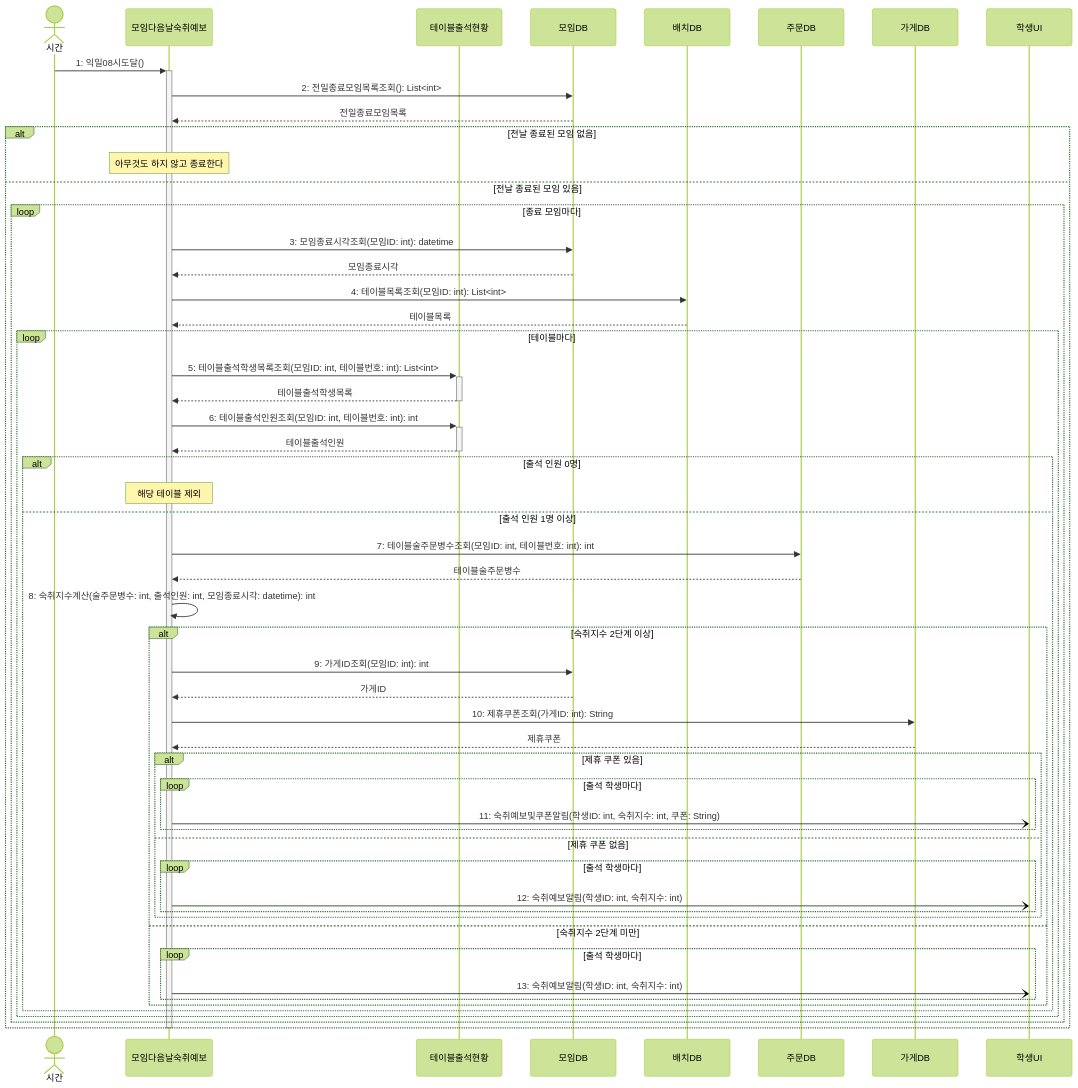
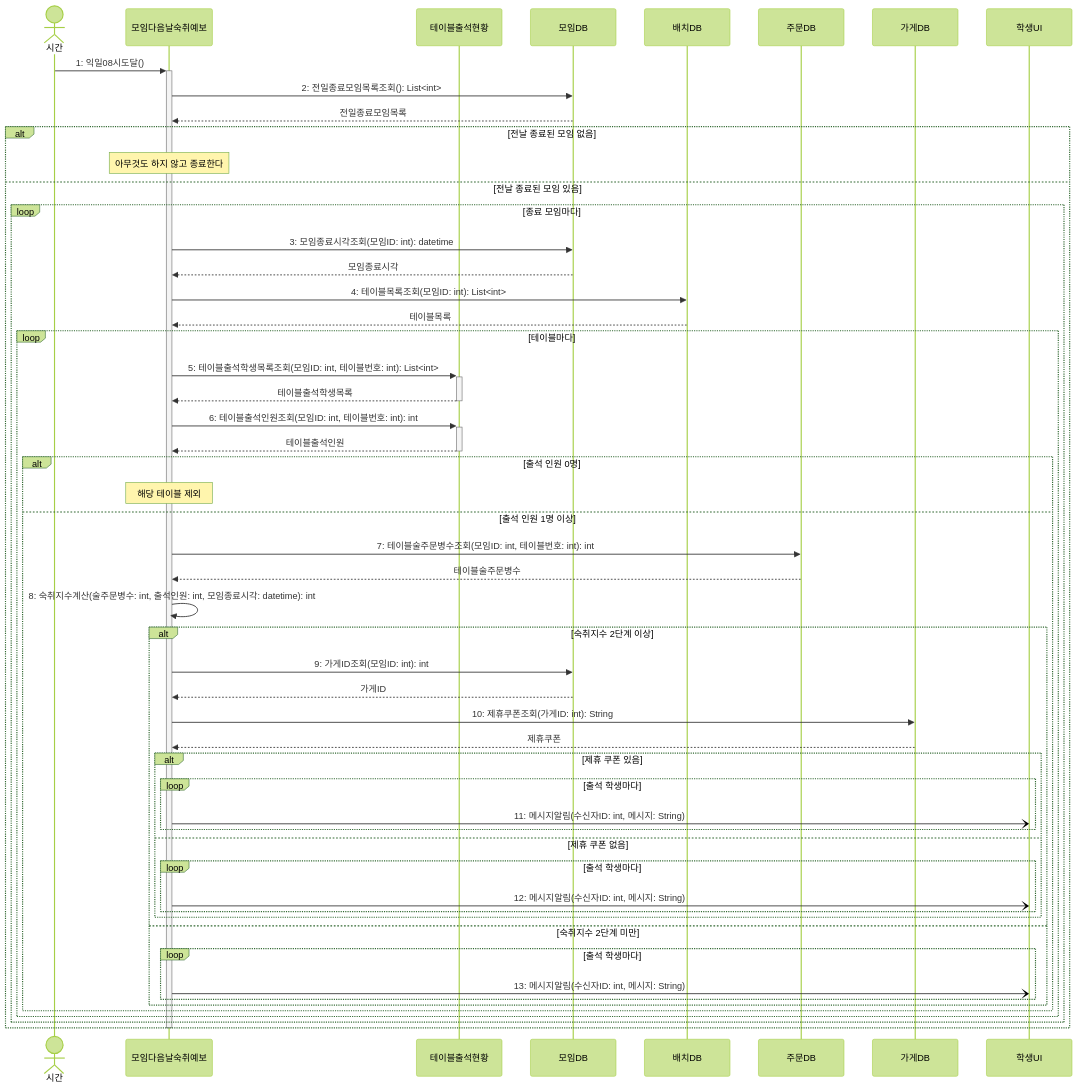
The diagram in sequence/seq-19.md (hojae3/sw-engineering-16), drawn with Mermaid (forest theme) before and after one commit. The commit also changed other lines of this file and 9 other files, not shown here.

````diff
--- a/sequence/seq-19.md
+++ b/sequence/seq-19.md
@@ -26,59 +26,59 @@
 ```mermaid
 sequenceDiagram
     actor 시간
     participant 예보 as 모임다음날숙취예보
     participant 현황 as 테이블출석현황
     participant 모임DB as 모임DB
     participant 배치DB as 배치DB
     participant 주문DB as 주문DB
     participant 가게DB as 가게DB
     participant 학생UI as 학생UI
 
     시간->>+예보: 1: 익일08시도달()
     예보->>모임DB: 2: 전일종료모임목록조회(): List<int>
     모임DB-->>예보: 전일종료모임목록
 
     alt 전날 종료된 모임 없음
         Note over 예보: 아무것도 하지 않고 종료한다
     else 전날 종료된 모임 있음
         loop 종료 모임마다
             예보->>모임DB: 3: 모임종료시각조회(모임ID: int): datetime
             모임DB-->>예보: 모임종료시각
             예보->>배치DB: 4: 테이블목록조회(모임ID: int): List<int>
             배치DB-->>예보: 테이블목록
             loop 테이블마다
                 예보->>+현황: 5: 테이블출석학생목록조회(모임ID: int, 테이블번호: int): List<int>
                 현황-->>-예보: 테이블출석학생목록
                 예보->>+현황: 6: 테이블출석인원조회(모임ID: int, 테이블번호: int): int
                 현황-->>-예보: 테이블출석인원
                 alt 출석 인원 0명
                     Note over 예보: 해당 테이블 제외
                 else 출석 인원 1명 이상
                     예보->>주문DB: 7: 테이블술주문병수조회(모임ID: int, 테이블번호: int): int
                     주문DB-->>예보: 테이블술주문병수
                     예보->>예보: 8: 숙취지수계산(술주문병수: int, 출석인원: int, 모임종료시각: datetime): int
                     alt 숙취지수 2단계 이상
                         예보->>모임DB: 9: 가게ID조회(모임ID: int): int
                         모임DB-->>예보: 가게ID
                         예보->>가게DB: 10: 제휴쿠폰조회(가게ID: int): String
                         가게DB-->>예보: 제휴쿠폰
                         alt 제휴 쿠폰 있음
                             loop 출석 학생마다
-                                예보-)학생UI: 11: 숙취예보및쿠폰알림(학생ID: int, 숙취지수: int, 쿠폰: String)
+                                예보-)학생UI: 11: 메시지알림(수신자ID: int, 메시지: String)
                             end
                         else 제휴 쿠폰 없음
                             loop 출석 학생마다
-                                예보-)학생UI: 12: 숙취예보알림(학생ID: int, 숙취지수: int)
+                                예보-)학생UI: 12: 메시지알림(수신자ID: int, 메시지: String)
                             end
                         end
                     else 숙취지수 2단계 미만
                         loop 출석 학생마다
-                            예보-)학생UI: 13: 숙취예보알림(학생ID: int, 숙취지수: int)
+                            예보-)학생UI: 13: 메시지알림(수신자ID: int, 메시지: String)
                         end
                     end
                 end
             end
         end
     end
     deactivate 예보
 ```
````
